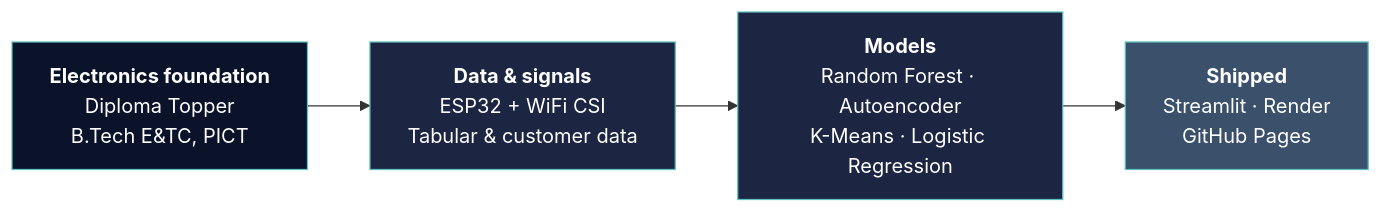
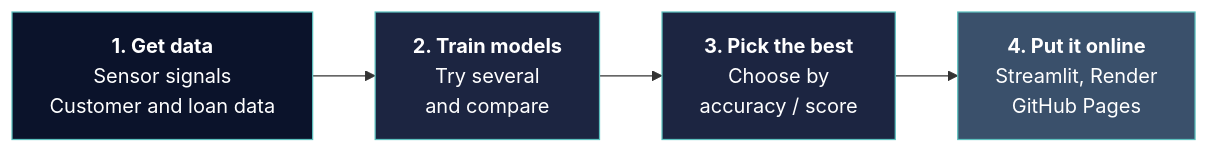
One commit to anuja-naik/anuja-naik changed the diagram in README.md. Above: the diagram before and after it, drawn with Mermaid. The commit also changed other lines of this file, not shown here.

````diff
--- a/README.md
+++ b/README.md
@@ -41,11 +56,11 @@
 ```mermaid
 flowchart LR
-    A["<b>Electronics foundation</b><br/>Diploma Topper<br/>B.Tech E&TC, PICT"] --> B["<b>Data & signals</b><br/>ESP32 + WiFi CSI<br/>Tabular & customer data"]
-    B --> C["<b>Models</b><br/>Random Forest · Autoencoder<br/>K-Means · Logistic Regression"]
-    C --> D["<b>Shipped</b><br/>Streamlit · Render<br/>GitHub Pages"]
+    A["<b>1. Get data</b><br/>Sensor signals<br/>Customer and loan data"] --> B["<b>2. Train models</b><br/>Try several<br/>and compare"]
+    B --> C["<b>3. Pick the best</b><br/>Choose by<br/>accuracy / score"]
+    C --> D["<b>4. Put it online</b><br/>Streamlit, Render<br/>GitHub Pages"]
 
     style A fill:#0b132b,stroke:#5bc0be,color:#ffffff
     style B fill:#1c2541,stroke:#5bc0be,color:#ffffff
     style C fill:#1c2541,stroke:#5bc0be,color:#ffffff
     style D fill:#3a506b,stroke:#5bc0be,color:#ffffff
 ```
````
